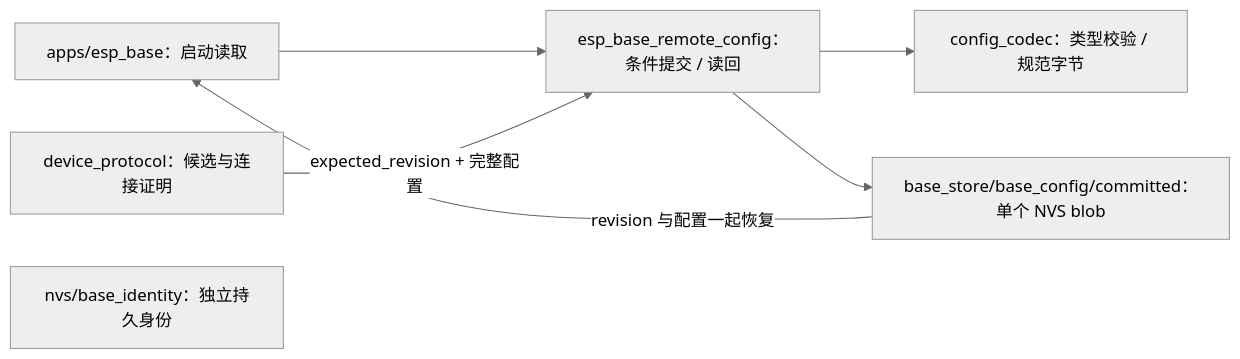
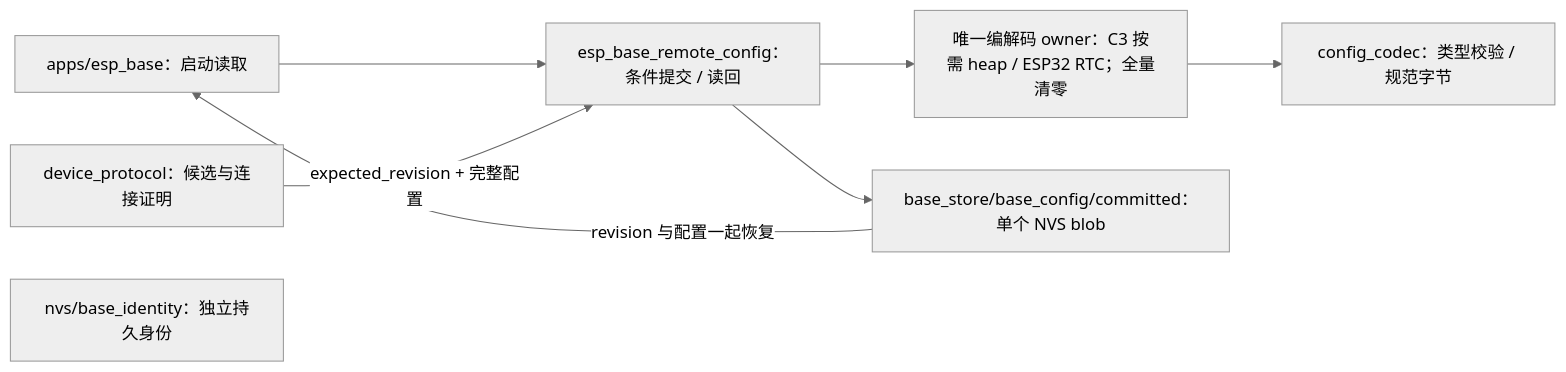
The diagram in firmware/components/remote_config/README.md (darren-you/esp-base), drawn with Mermaid (neutral theme) before and after one commit. The commit also changed other lines of this file and 12 other files, not shown here.

First line of the commit message:
将 C3 长期配置移入 RTC 并按需持有唯一编解码缓冲，保留 ESP32 策略与配置提交语义

````diff
--- a/firmware/components/remote_config/README.md
+++ b/firmware/components/remote_config/README.md
@@ -7,9 +9,10 @@
 ```mermaid
 flowchart LR
     app["apps/esp_base：启动读取"] --> store["esp_base_remote_config：条件提交 / 读回"]
     owner["device_protocol：候选与连接证明"] -->|"expected_revision + 完整配置"| store
-    store --> codec["config_codec：类型校验 / 规范字节"]
+    store --> workspace["唯一编解码 owner：C3 按需 heap / ESP32 RTC；全量清零"]
+    workspace --> codec["config_codec：类型校验 / 规范字节"]
     store --> nvs["base_store/base_config/committed：单个 NVS blob"]
     nvs -->|"revision 与配置一起恢复"| app
     identity["nvs/base_identity：独立持久身份"]
 ```
````
